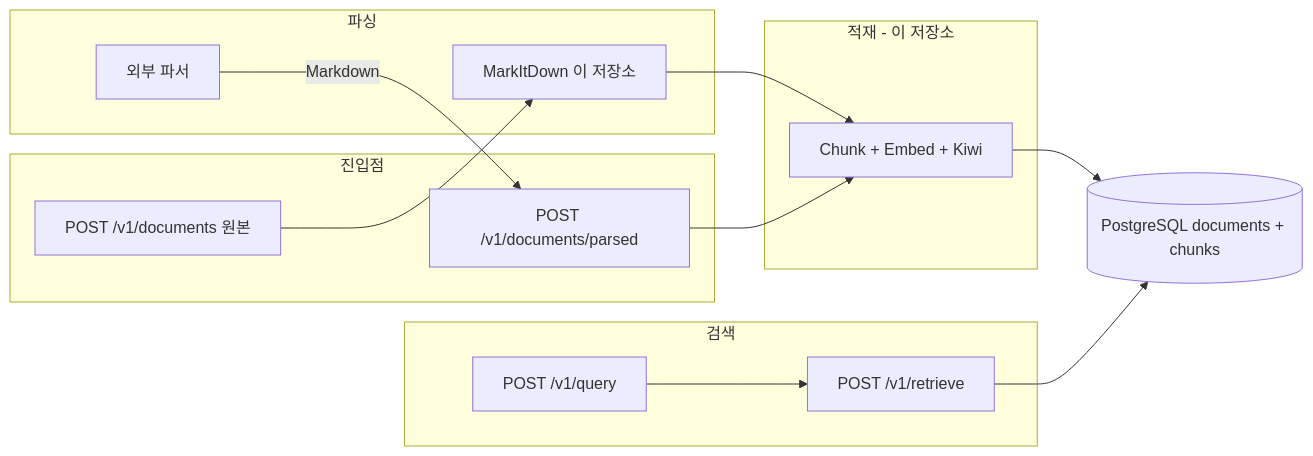
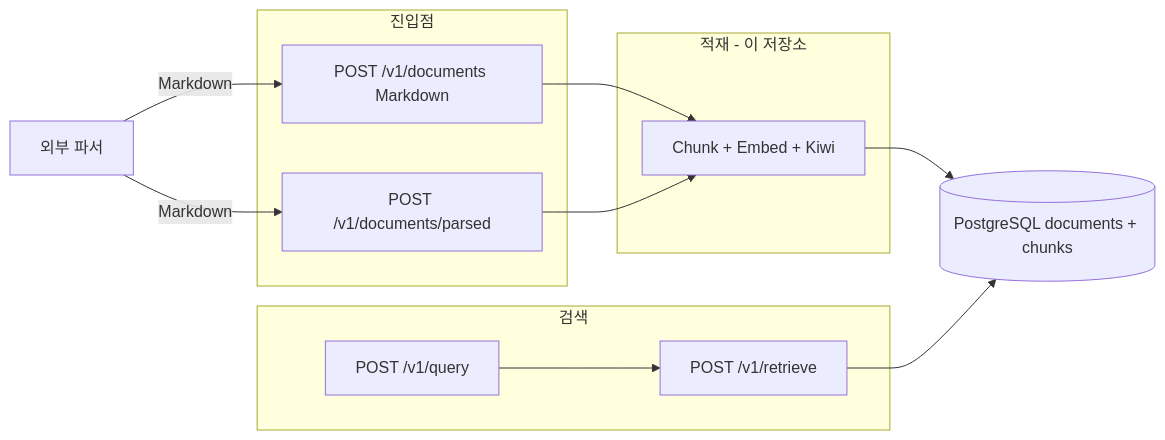
The second of 2 diagrams in doc/ARCHITECTURE.md (santarosalia/rag), drawn with Mermaid before and after one commit. The commit also changed other lines of this file and 27 other files, not shown here.

First line of the commit message:
feat: 원본 파싱을 Parser Service로 위임하고 MarkItDown/Docling을 제거한다

````diff
--- a/doc/ARCHITECTURE.md
+++ b/doc/ARCHITECTURE.md
@@ -161,29 +159,25 @@
 ```mermaid
 flowchart LR
   subgraph entry [진입점]
-    A[POST /v1/documents 원본]
+    A[POST /v1/documents Markdown]
     B[POST /v1/documents/parsed]
-  end
-
-  subgraph parse [파싱]
-    MD[MarkItDown 이 저장소]
-    Ext[외부 파서]
   end
 
   subgraph load [적재 - 이 저장소]
     Chunk[Chunk + Embed + Kiwi]
   end
 
   subgraph rag_svc [검색]
     Retrieve[POST /v1/retrieve]
     Query[POST /v1/query]
   end
 
   PG[(PostgreSQL documents + chunks)]
+  Ext[외부 파서]
 
-  A --> MD --> Chunk
+  Ext -->|Markdown| A --> Chunk
   Ext -->|Markdown| B --> Chunk
   Chunk --> PG
   Retrieve --> PG
   Query --> Retrieve
 ```
````
